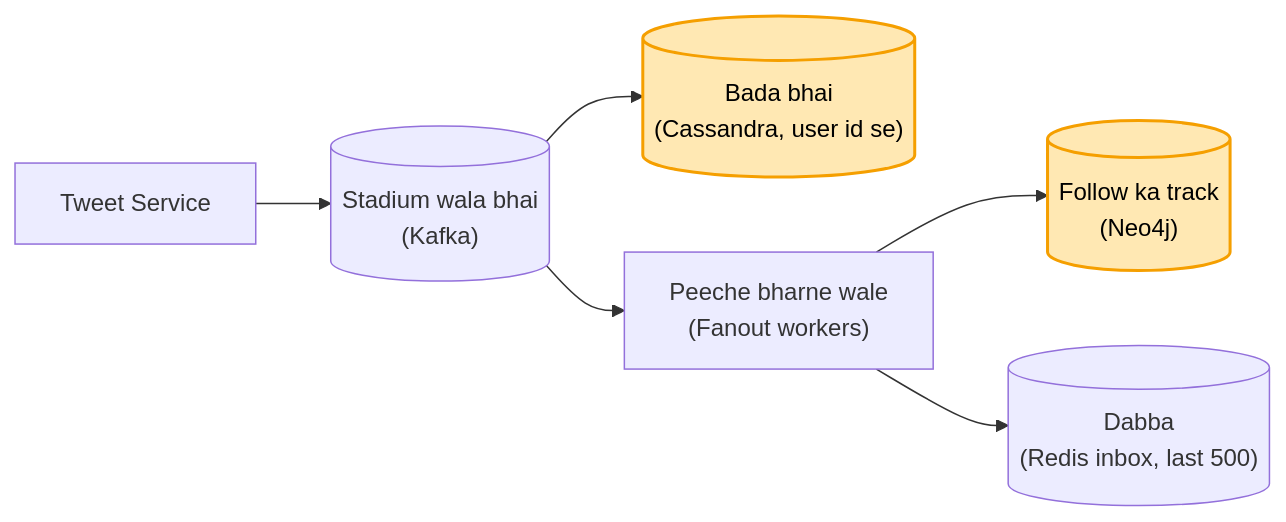
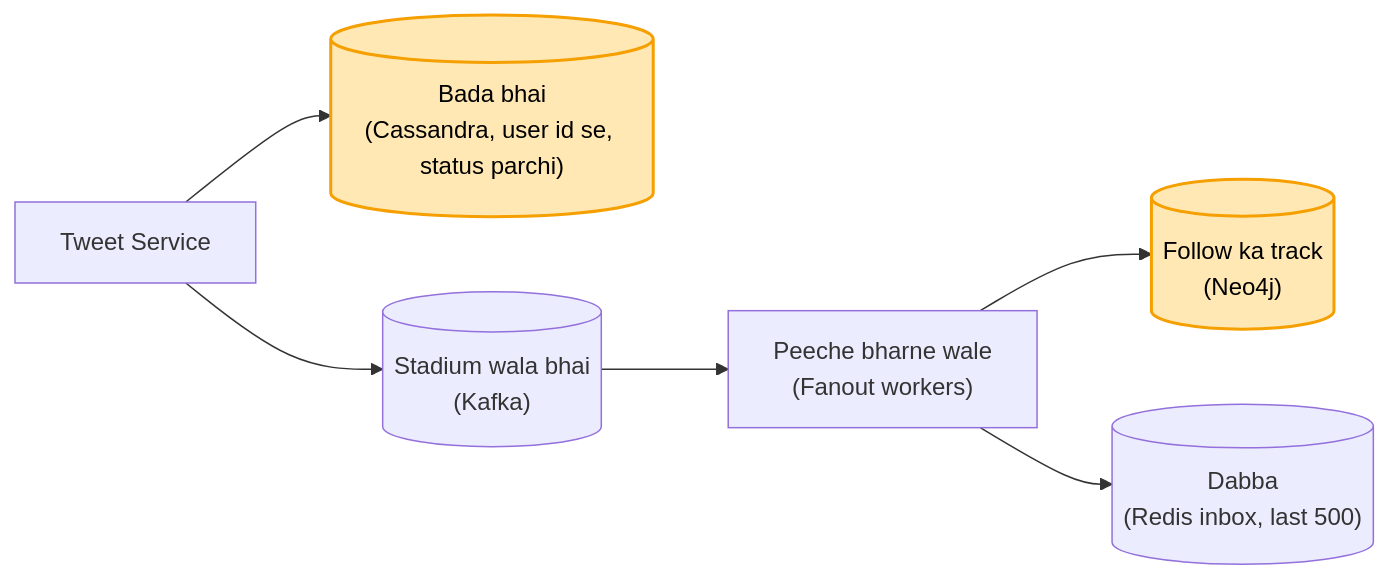
Before and after one commit to ArpanMaheshwari144/Prep: the second of 3 diagrams in 04_HLD/SYSTEM_DESIGNS/03_twitter_feed/03_twitter_feed.md, drawn with Mermaid. The commit also changed 7 other files, not shown here.

Commit message:
HLD audit (Fable + khud): chhote sudhaar - URL range 5, twitter diagram, Kafka RabbitMQ line, rate limiter bucket cap, news numbers, chat media service, notification service intro

````diff
--- a/04_HLD/SYSTEM_DESIGNS/03_twitter_feed/03_twitter_feed.md
+++ b/04_HLD/SYSTEM_DESIGNS/03_twitter_feed/03_twitter_feed.md
@@ -113,10 +113,10 @@
 ```mermaid
 flowchart LR
-    TS["Tweet Service"] --> K[("Stadium wala bhai<br/>(Kafka)")]
-    K --> C[("Bada bhai<br/>(Cassandra, user id se)")]
+    TS["Tweet Service"] --> C[("Bada bhai<br/>(Cassandra, user id se, status parchi)")]
+    TS --> K[("Stadium wala bhai<br/>(Kafka)")]
     K --> FW["Peeche bharne wale<br/>(Fanout workers)"]
     FW --> G[("Follow ka track<br/>(Neo4j)")]
     FW --> IN[("Dabba<br/>(Redis inbox, last 500)")]
     style C fill:#ffe8b3,stroke:#f59f00,stroke-width:2px,color:#000
     style G fill:#ffe8b3,stroke:#f59f00,stroke-width:2px,color:#000
 ```
````
